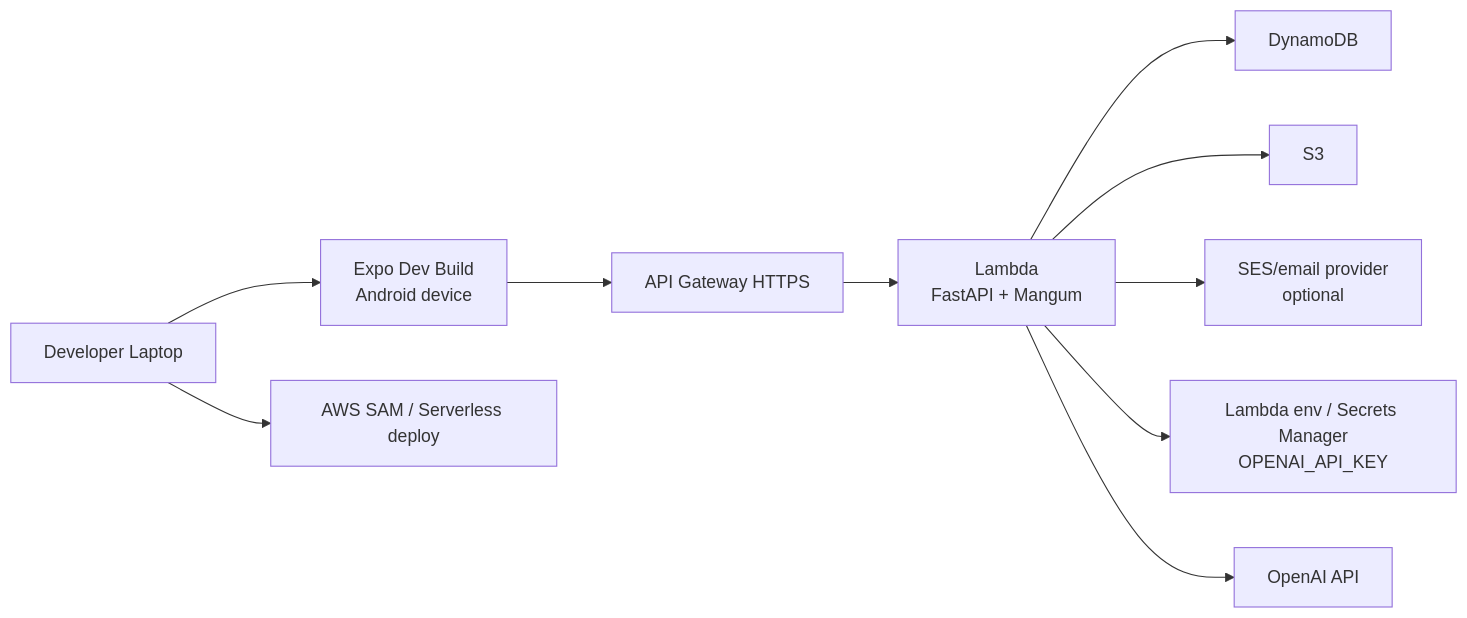
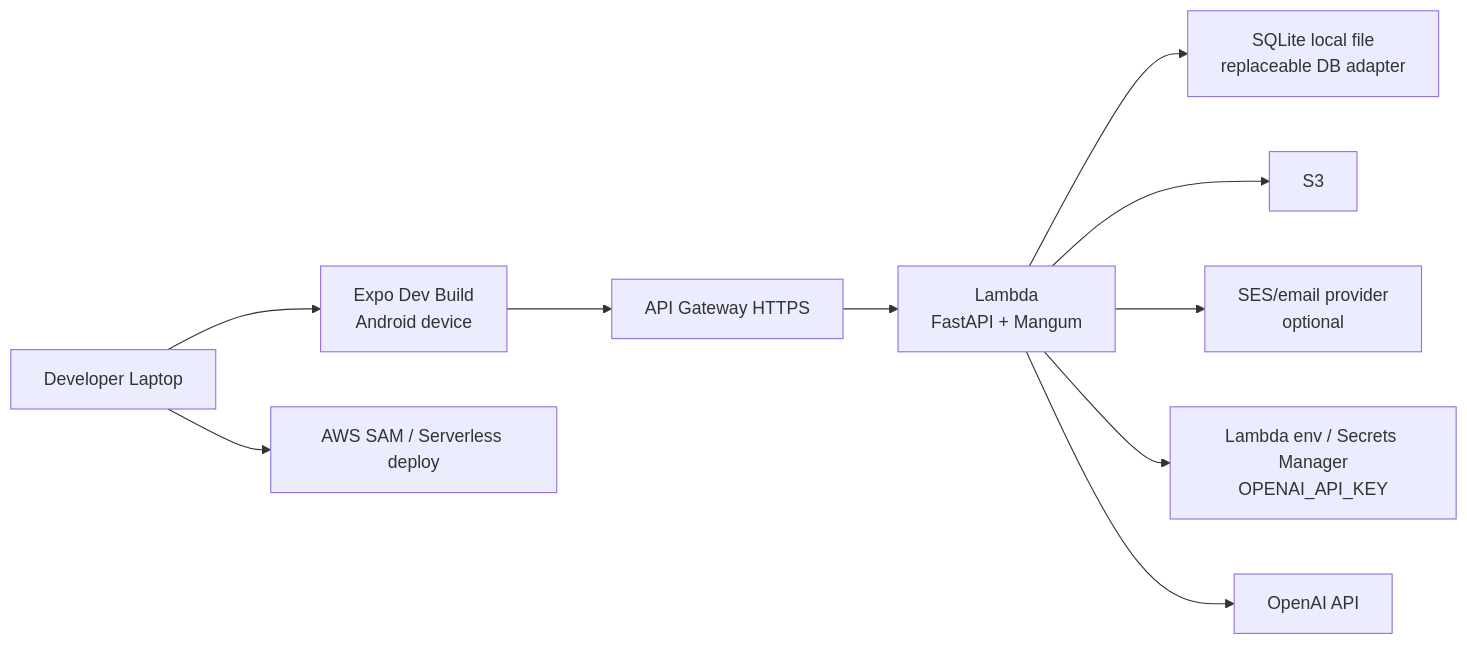
One commit to adityabhattad2021/Inspection-Copilot changed diagram 16 of 20 in ARCHITECTURE.md. Above: the diagram before and after it, drawn with Mermaid. The commit also changed other lines of this file and 29 other files, not shown here.

````diff
--- a/ARCHITECTURE.md
+++ b/ARCHITECTURE.md
@@ -589,13 +589,13 @@
 ```mermaid
 flowchart LR
   Dev["Developer Laptop"] --> Expo["Expo Dev Build<br/>Android device"]
   Dev --> SAM["AWS SAM / Serverless deploy"]
 
   Expo --> APIGW["API Gateway HTTPS"]
   APIGW --> Lambda["Lambda<br/>FastAPI + Mangum"]
-  Lambda --> DDB["DynamoDB"]
+  Lambda --> DDB["SQLite local file<br/>replaceable DB adapter"]
   Lambda --> S3["S3"]
   Lambda --> SES["SES/email provider<br/>optional"]
   Lambda --> Secrets["Lambda env / Secrets Manager<br/>OPENAI_API_KEY"]
   Lambda --> OpenAI["OpenAI API"]
 ```
````
